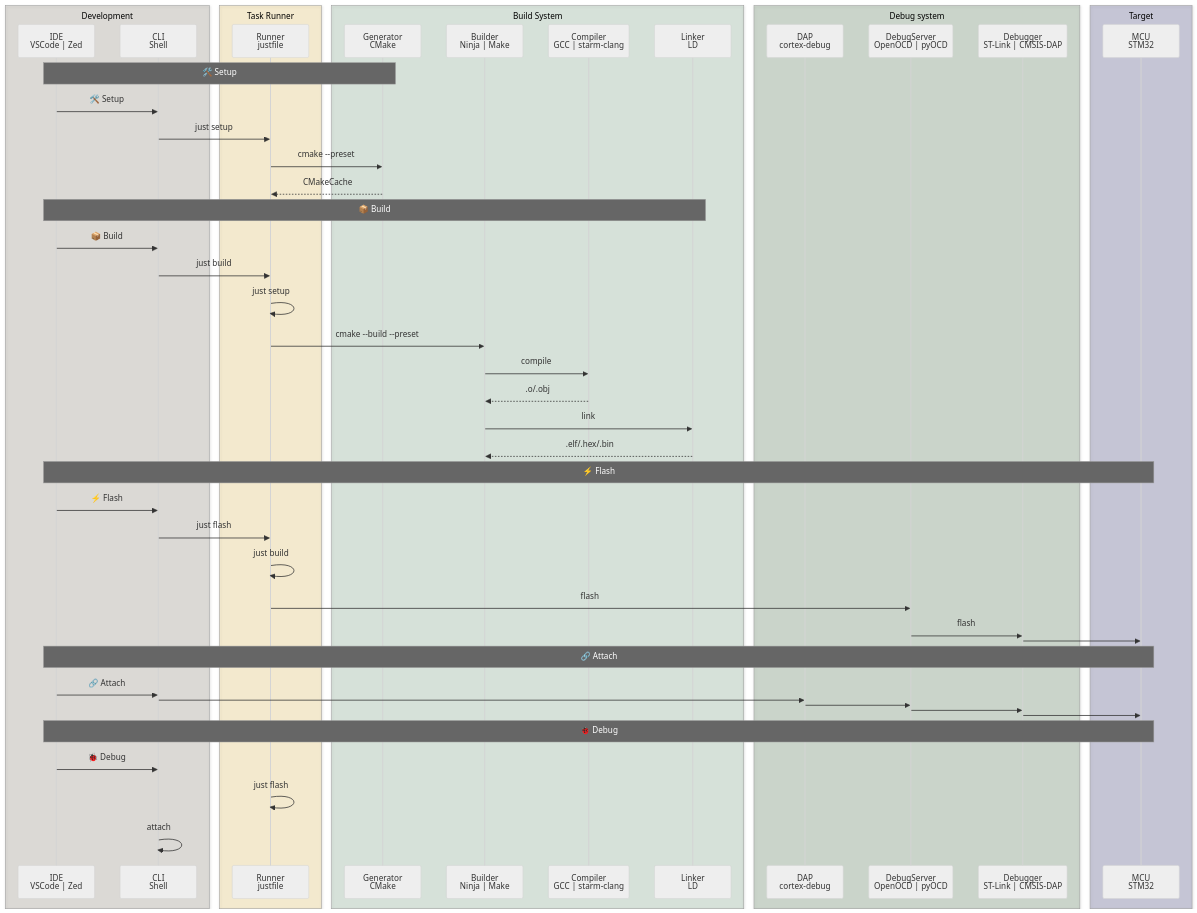
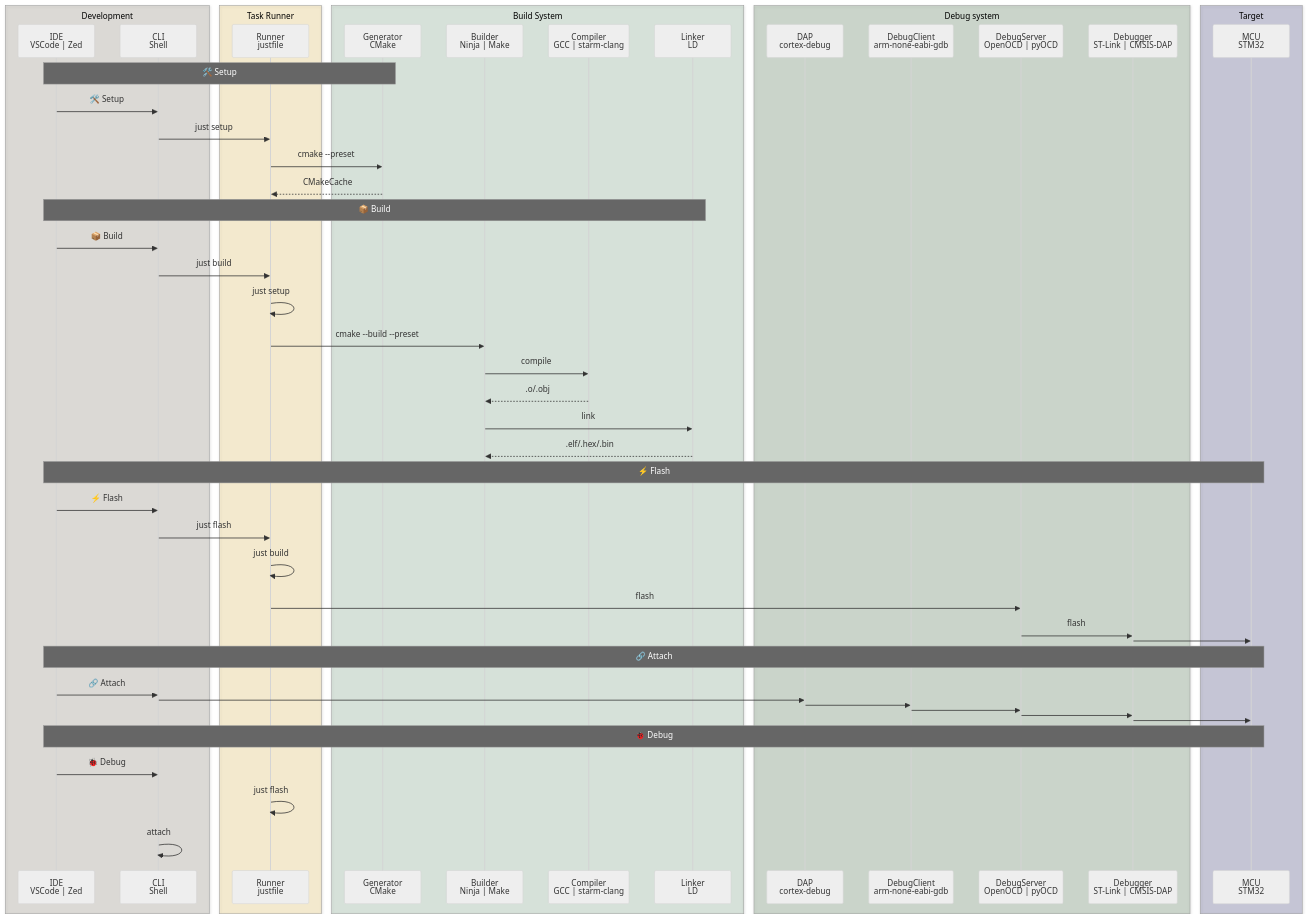
Before and after one commit to bookshiyi/stm32_prj_tmpl: the diagram in README.md, drawn with Mermaid (neutral theme).

````diff
--- a/README.md
+++ b/README.md
@@ -82,69 +82,71 @@
 ```mermaid
 sequenceDiagram
     box rgba(129, 122, 101, 0.2) Development
     participant IDE as IDE<br/>VSCode | Zed
     participant CLI as CLI<br/>Shell
     end
 
     box rgba(248, 198, 66, 0.2) Task Runner
     participant Runner as Runner<br/>justfile
     end
 
     box rgba(108, 161, 120, 0.2) Build System
     participant Generator as Generator<br/>CMake
     participant Builder as Builder<br/>Ninja | Make
     participant Compiler as Compiler<br/>GCC | starm-clang
     participant Linker as Linker<br/>LD
     end
 
     box rgba(48, 96, 48, 0.2) Debug system
     participant DAP as DAP<br/>cortex-debug
+    participant DebugClient as DebugClient<br/>arm-none-eabi-gdb
     participant DebugServer as DebugServer<br/>OpenOCD | pyOCD
     participant Debugger as Debugger<br/>ST-Link | CMSIS-DAP
     end
 
     box rgba(20, 20, 100, 0.2) Target
     participant MCU as MCU<br/>STM32
     end
 
     %% Just Setup 阶段
     Note over IDE, Generator: 🛠️ Setup
     IDE ->> CLI: 🛠️ Setup
     CLI ->> Runner: just setup
     Runner ->> Generator: cmake --preset
     Generator -->> Runner: CMakeCache
 
     %% Just Build 阶段
     Note over IDE, Linker: 📦 Build
     IDE ->> CLI: 📦 Build
     CLI ->> Runner: just build
     Runner ->> Runner: just setup
     Runner ->> Builder: cmake --build --preset
     Builder ->> Compiler: compile
     Compiler -->> Builder: .o/.obj
     Builder ->> Linker: link
     Linker -->> Builder: .elf/.hex/.bin
 
     %% Just Flash 阶段
     Note over IDE, MCU: ⚡️ Flash
     IDE ->> CLI: ⚡️ Flash
     CLI ->> Runner: just flash
     Runner ->> Runner: just build
     Runner ->> DebugServer: flash
     DebugServer ->> Debugger: flash
     Debugger ->> MCU:
 
     %% Debug 阶段
     Note over IDE, MCU: 🔗 Attach
     IDE ->> CLI: 🔗 Attach
     CLI ->> DAP:
-    DAP ->> DebugServer:
+    DAP ->> DebugClient:
+    DebugClient ->> DebugServer:
     DebugServer ->> Debugger:
     Debugger ->> MCU:
 
     %% Debug 阶段
     Note over IDE, MCU: 🐞 Debug
     IDE ->> CLI: 🐞 Debug
     Runner ->> Runner: just flash
     CLI ->> CLI: attach
 ```
````
